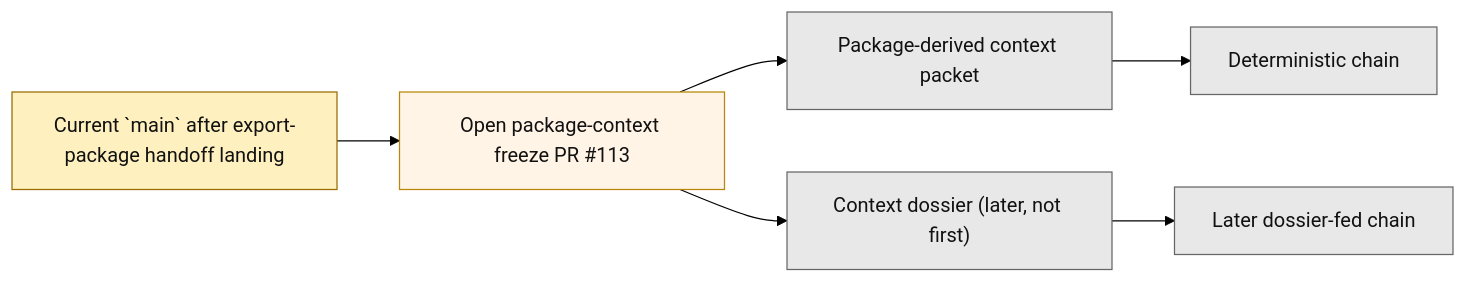
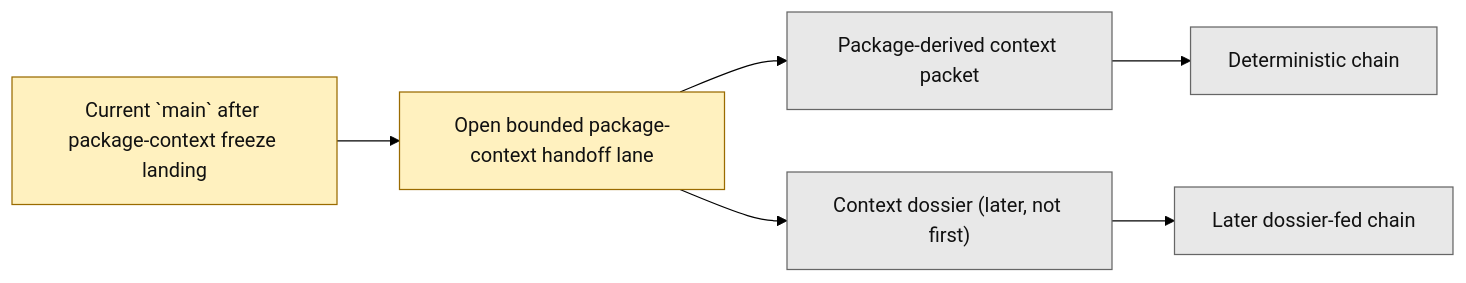
One commit to benjmcd/project6_REPO_MCP_FOLDER changed the second of 2 diagrams in next_milestone_plans/layer3_progress_board.md. Above: the diagram before and after it, drawn with Mermaid (forest theme). The commit also changed other lines of this file and 8 other files, not shown here.

Commit message:
docs(layer3): align post-pr113 package-context landing

````diff
--- a/next_milestone_plans/layer3_progress_board.md
+++ b/next_milestone_plans/layer3_progress_board.md
@@ -114,16 +114,15 @@
 ```mermaid
 flowchart LR
-    A["Current `main` after export-package handoff landing"] --> B["Open package-context freeze PR #113"]
+    A["Current `main` after package-context freeze landing"] --> B["Open bounded package-context handoff lane"]
     B --> C["Package-derived context packet"]
     B --> D["Context dossier (later, not first)"]
     C --> E["Deterministic chain"]
     D --> F["Later dossier-fed chain"]
 
     classDef next fill:#fff1bf,stroke:#9a6b00,color:#111;
-    classDef open fill:#fff4e6,stroke:#b8860b,color:#111;
     classDef future fill:#e8e8e8,stroke:#666,color:#111;
 
     class A next;
-    class B open;
+    class B next;
     class C,D,E,F future;
 ```
````
